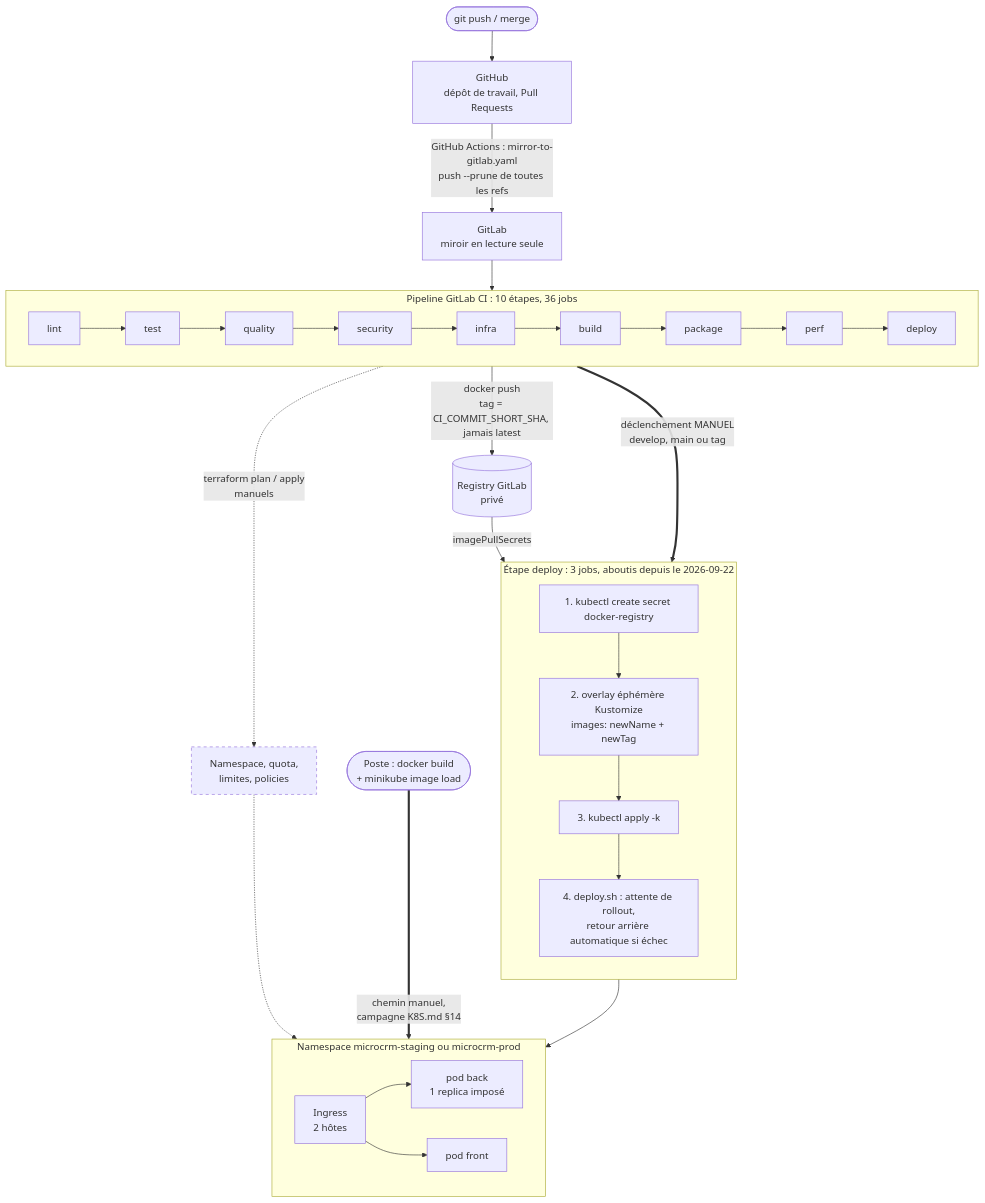
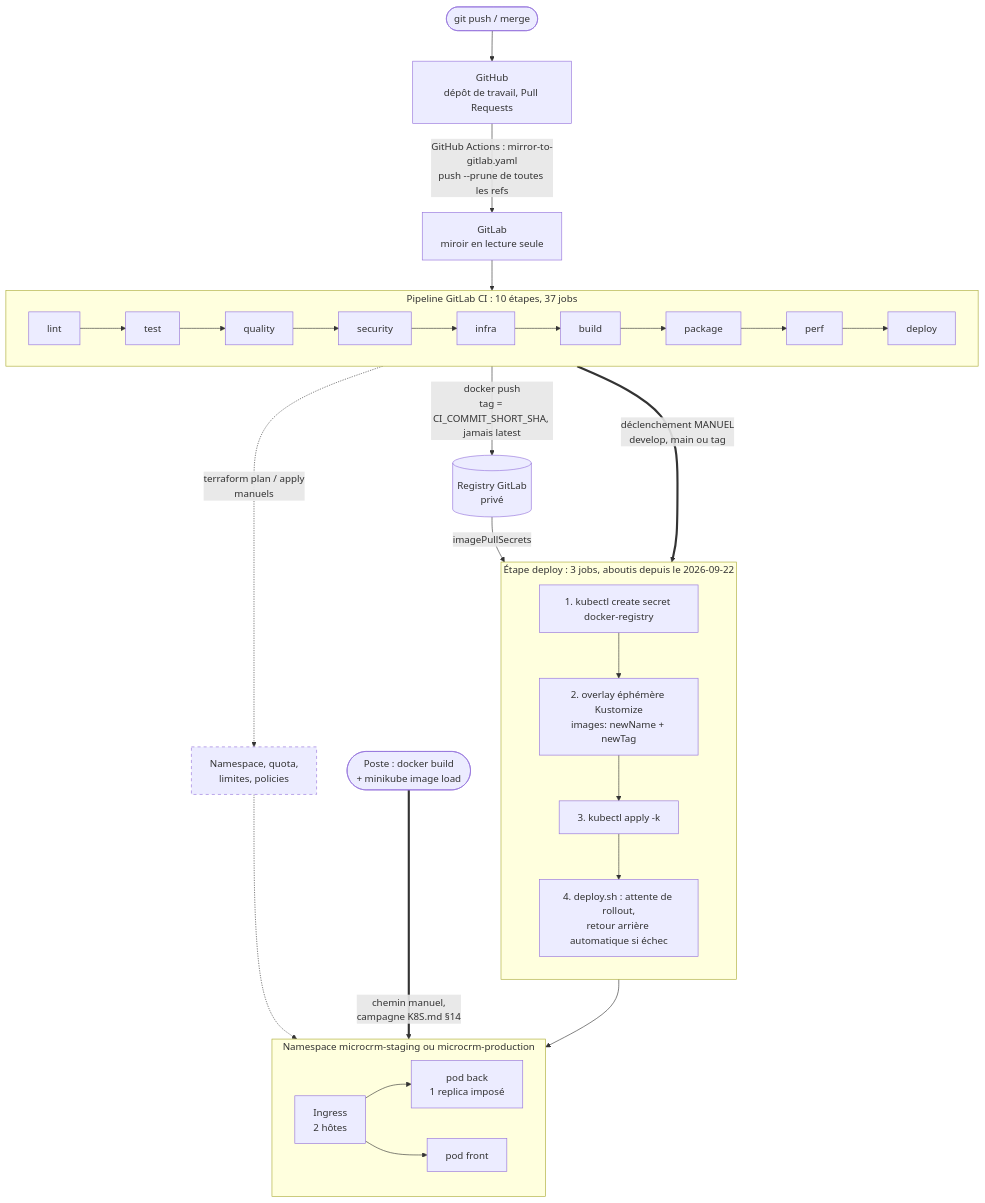
One commit to TedPasquiet/G-rez-le-cycle-de-vie-de-d-veloppement-logiciel changed the diagram in docs/schemas/plateforme-deploiement.mmd. Above: the diagram before and after it, drawn with Mermaid. The commit also changed 8 other files, not shown here.

```diff
--- a/docs/schemas/plateforme-deploiement.mmd
+++ b/docs/schemas/plateforme-deploiement.mmd
@@ -1,48 +1,48 @@
 %% Schéma 1 — La plateforme de déploiement, du commit au pod.
 %% Source versionnée du bloc Mermaid d'ARCHITECTURE.md §8.1.
 %% Convention : trait plein = chemin réellement emprunté ;
 %%              pointillé   = chemin décrit, jamais abouti.
 %% L'étape deploy est passée en trait plein le 2026-09-23 : elle aboutit depuis
 %% le 2026-09-22 (ARCHITECTURE.md §8.1). Seul Terraform reste en pointillé.
 %% Les identifiants de nœuds restent en ASCII, seuls les libellés sont accentués.
 flowchart TB
     dev(["git push / merge"]) --> gh["GitHub<br/>dépôt de travail, Pull Requests"]
     gh -->|"GitHub Actions : mirror-to-gitlab.yaml<br/>push --prune de toutes les refs"| gl["GitLab<br/>miroir en lecture seule"]
     gl --> pipe
 
-    subgraph pipe["Pipeline GitLab CI : 10 étapes, 36 jobs"]
+    subgraph pipe["Pipeline GitLab CI : 10 étapes, 37 jobs"]
         direction LR
         s1["lint"] --> s2["test"] --> s3["quality"] --> s4["security"] --> s5["infra"] --> s6["build"] --> s7["package"] --> s8["perf"] --> s9["deploy"]
     end
 
     s7 -->|"docker push<br/>tag = CI_COMMIT_SHORT_SHA, jamais latest"| reg[("Registry GitLab<br/>privé")]
     s5 -.->|"terraform plan / apply<br/>manuels"| tf["Namespace, quota,<br/>limites, policies"]
 
     s9 == "déclenchement MANUEL<br/>develop, main ou tag" ==> jobs
 
     subgraph jobs["Étape deploy : 3 jobs, aboutis depuis le 2026-09-22"]
         direction TB
         j1["1. kubectl create secret docker-registry"]
         j2["2. overlay éphémère Kustomize<br/>images: newName + newTag"]
         j3["3. kubectl apply -k"]
         j4["4. deploy.sh : attente de rollout,<br/>retour arrière automatique si échec"]
         j1 --> j2 --> j3 --> j4
     end
 
     reg -->|"imagePullSecrets"| j3
     tf -.-> ns
     j4 --> ns
 
-    subgraph ns["Namespace microcrm-staging ou microcrm-prod"]
+    subgraph ns["Namespace microcrm-staging ou microcrm-production"]
         direction LR
         ing["Ingress<br/>2 hôtes"]
         pb["pod back<br/>1 replica imposé"]
         pf["pod front"]
         ing --> pb
         ing --> pf
     end
 
     poste(["Poste : docker build<br/>+ minikube image load"]) ==>|"chemin manuel,<br/>campagne K8S.md §14"| ns
 
     classDef jamais stroke-dasharray: 5 5;
     class tf jamais;
```
